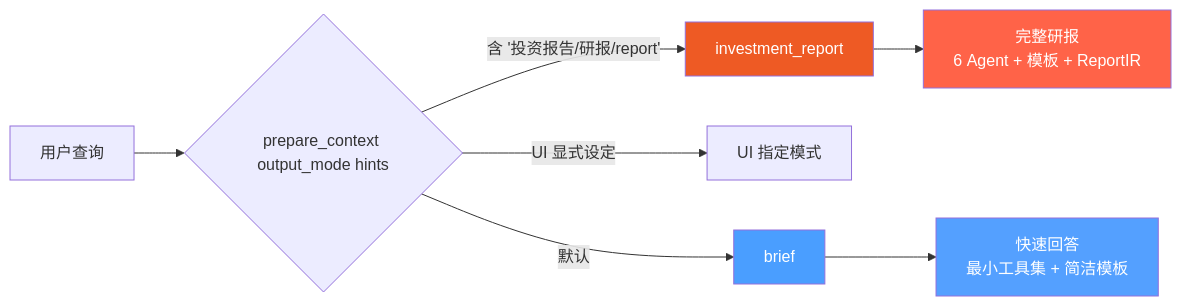
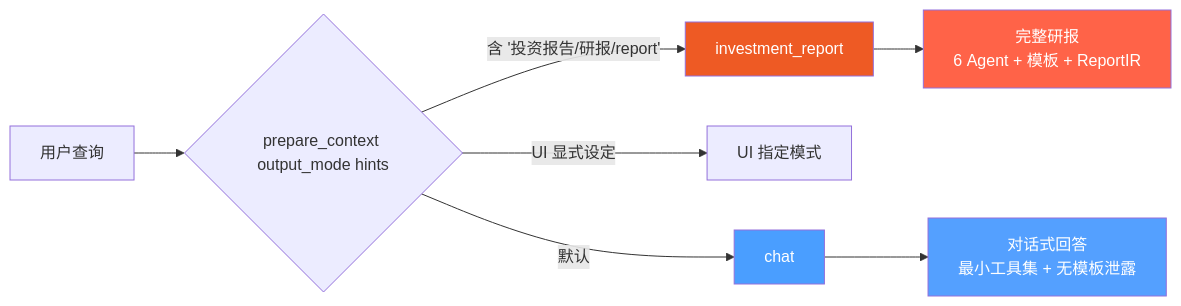
One commit to kkkano/FinSight changed the third of 24 diagrams in docs/LANGGRAPH_PIPELINE_DEEP_DIVE.md. Above: the diagram before and after it, drawn with Mermaid. The commit also changed other lines of this file and 17 other files, not shown here.

````diff
--- a/docs/LANGGRAPH_PIPELINE_DEEP_DIVE.md
+++ b/docs/LANGGRAPH_PIPELINE_DEEP_DIVE.md
@@ -135,16 +135,16 @@
 ```mermaid
 flowchart LR
     Q[用户查询] --> DM{prepare_context output_mode hints}
 
     DM -->|"含 '投资报告/研报/report'"| IR[investment_report]
     DM -->|"UI 显式设定"| EXPLICIT[UI 指定模式]
-    DM -->|"默认"| BRIEF[brief]
+    DM -->|"默认"| CHAT[chat]
 
     IR --> FULL[完整研报<br/>6 Agent + 模板 + ReportIR]
-    BRIEF --> QUICK[快速回答<br/>最小工具集 + 简洁模板]
+    CHAT --> QUICK[对话式回答<br/>最小工具集 + 无模板泄露]
 
     style IR fill:#ee5a24,color:#fff
-    style BRIEF fill:#4a9eff,color:#fff
+    style CHAT fill:#4a9eff,color:#fff
     style FULL fill:#ff6348,color:#fff
     style QUICK fill:#54a0ff,color:#fff
 ```
````
